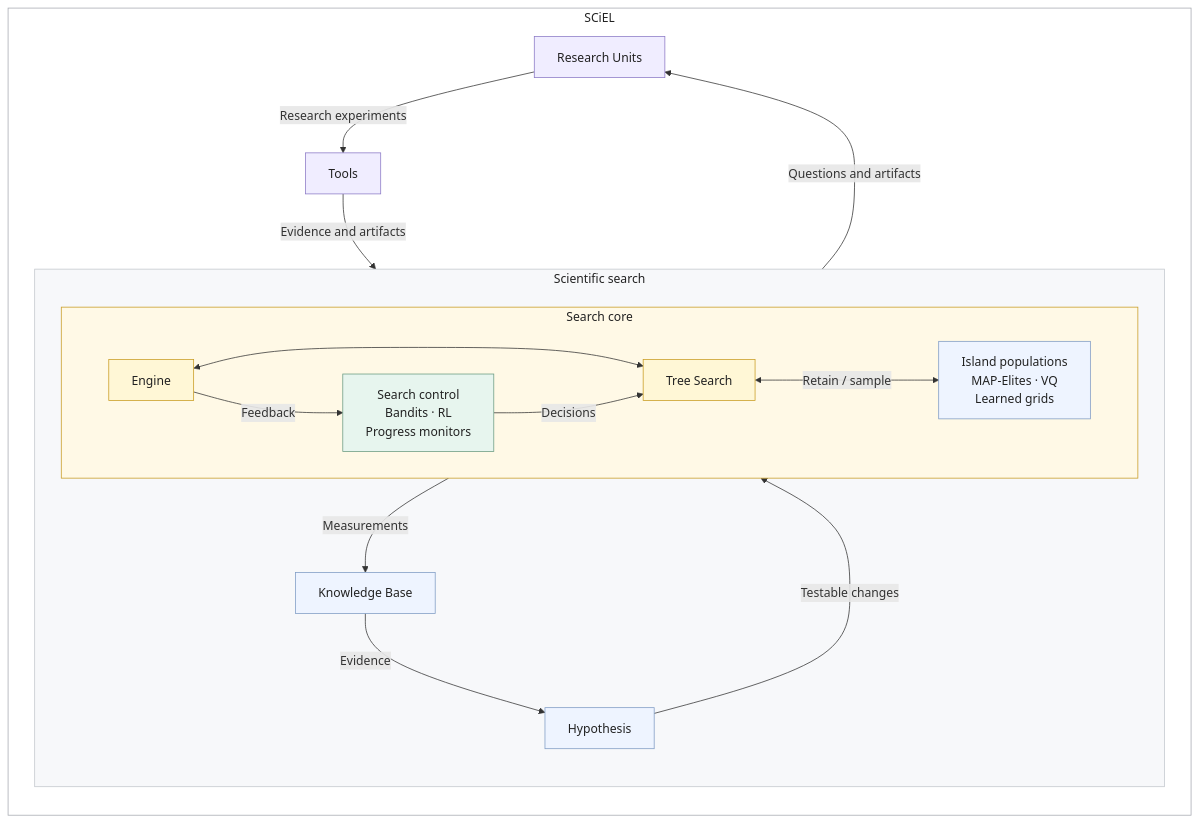
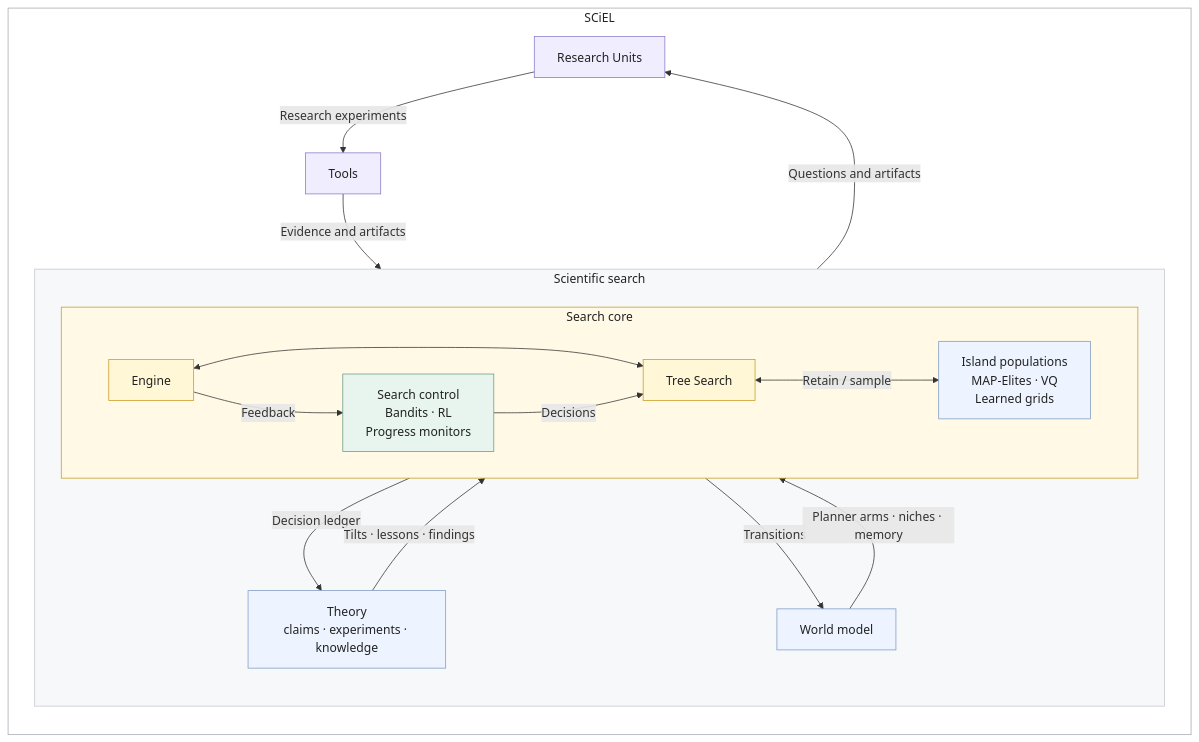
Before and after one commit to Doldrums/sciel: the first of 2 diagrams in README.md, drawn with Mermaid. The commit also changed other lines of this file and 526 other files, not shown here.

Commit message:
refactor: remove the hypothesis loop, its knowledge base and research-mode features

````diff
--- a/README.md
+++ b/README.md
@@ -32,42 +33,43 @@
 ```mermaid
 flowchart TB
     subgraph SCIEL["SCiEL"]
         direction TB
         subgraph CORE["Scientific search"]
             direction TB
             subgraph SEARCH["Search core"]
                 direction LR
                 ENGINE["Engine"]
                 TREE["Tree Search"]
                 ENGINE <--> TREE
                 CONTROL["Search control<br/>Bandits · RL<br/>Progress monitors"]
                 STORE["Island populations<br/>MAP-Elites · VQ<br/>Learned grids"]
                 CONTROL -->|"Decisions"| TREE
                 TREE <-->|"Retain / sample"| STORE
                 ENGINE -->|"Feedback"| CONTROL
             end
-            KB["Knowledge Base"]
-            HYP["Hypothesis"]
-            KB -->|"Evidence"| HYP
-            HYP -->|"Testable changes"| SEARCH
-            SEARCH -->|"Measurements"| KB
+            KB["Theory<br/>claims · experiments · knowledge"]
+            HYP["World model"]
+            SEARCH -->|"Decision ledger"| KB
+            SEARCH -->|"Transitions"| HYP
+            KB -->|"Tilts · lessons · findings"| SEARCH
+            HYP -->|"Planner arms · niches · memory"| SEARCH
         end
         UNITS["Research Units"]
         TOOLS["Tools"]
         CORE -->|"Questions and artifacts"| UNITS
         UNITS -->|"Research experiments"| TOOLS
         TOOLS -->|"Evidence and artifacts"| CORE
     end
 
     style SCIEL fill:#ffffff,stroke:#a5a9b0,color:#222;
     style CORE fill:#f7f8fa,stroke:#c3c7cd,color:#222;
     style SEARCH fill:#fff9e6,stroke:#c89c22,color:#222;
     classDef search fill:#fff7d6,stroke:#c89c22,color:#222;
     classDef memory fill:#eef4ff,stroke:#7f9bc4,color:#222;
     classDef research fill:#f0edff,stroke:#8b79c6,color:#222;
     classDef control fill:#e7f5ee,stroke:#6a9b81,color:#222;
     class ENGINE,TREE search;
     class CONTROL control;
     class KB,HYP,STORE memory;
     class UNITS,TOOLS research;
 ```
````
